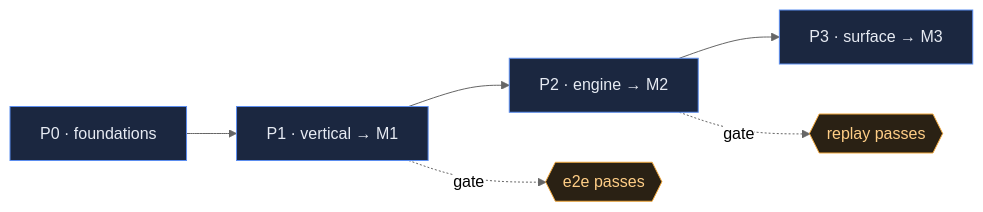
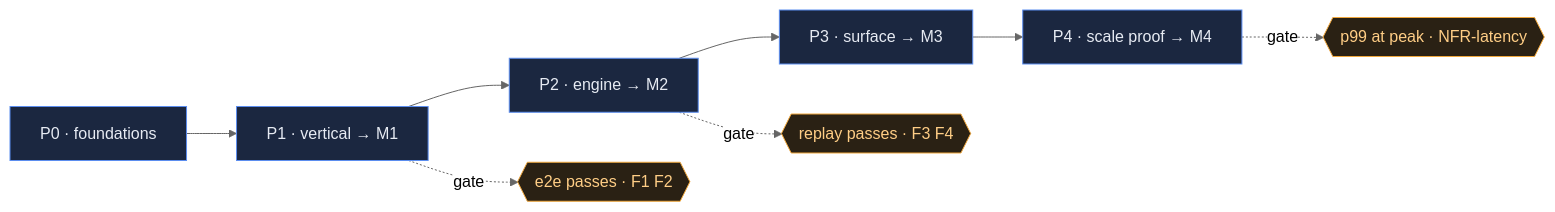
Before and after one commit to dsivov/ONBOARDING: the diagram in templates/WORK_PLAN.template.md, drawn with Mermaid (neutral theme). The commit also changed other lines of this file and 20 other files, not shown here.

````diff
--- a/templates/WORK_PLAN.template.md
+++ b/templates/WORK_PLAN.template.md
@@ -20,9 +34,10 @@
 ```mermaid
 flowchart LR
-  P0[P0 · foundations] --> P1[P1 · vertical → M1] --> P2[P2 · engine → M2] --> P3[P3 · surface → M3]
-  P1 -.gate.-> G1{{e2e passes}}
-  P2 -.gate.-> G2{{replay passes}}
+  P0[P0 · foundations] --> P1[P1 · vertical → M1] --> P2[P2 · engine → M2] --> P3[P3 · surface → M3] --> P4[P4 · scale proof → M4]
+  P1 -.gate.-> G1{{e2e passes · F1 F2}}
+  P2 -.gate.-> G2{{replay passes · F3 F4}}
+  P4 -.gate.-> G4{{p99 at peak · NFR-latency}}
   classDef p fill:#1b2740,stroke:#5b8def,color:#e7ebf3;
   classDef g fill:#2a2114,stroke:#f0a73c,color:#ffce86;
-  class P0,P1,P2,P3 p; class G1,G2 g;
+  class P0,P1,P2,P3,P4 p; class G1,G2,G4 g;
 ```
````
